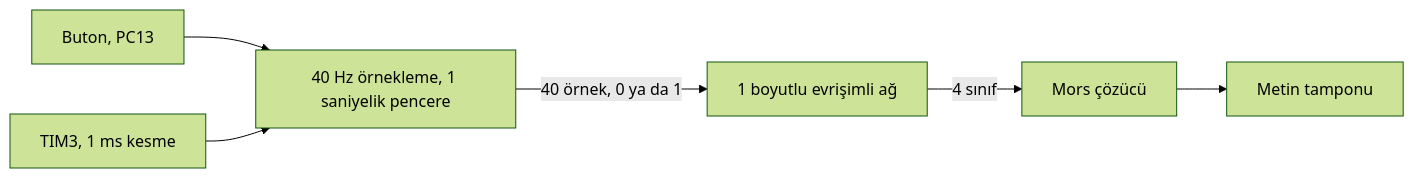
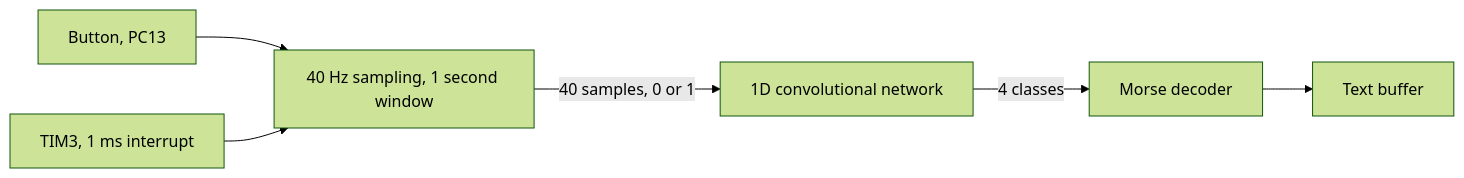
Before and after one commit to meyubcan/stm32f0-tinyml-morse: the diagram in README.md, drawn with Mermaid (forest theme). The commit also changed other lines of this file and 1 other file, not shown here.

````diff
--- a/README.md
+++ b/README.md
@@ -11,8 +15,8 @@
 ```mermaid
 flowchart LR
-    BTN[Buton, PC13] --> SMP[40 Hz örnekleme, 1 saniyelik pencere]
-    TIM[TIM3, 1 ms kesme] --> SMP
-    SMP -- "40 örnek, 0 ya da 1" --> NN[1 boyutlu evrişimli ağ]
-    NN -- "4 sınıf" --> DEC[Mors çözücü]
-    DEC --> MSG[Metin tamponu]
+    BTN[Button, PC13] --> SMP[40 Hz sampling, 1 second window]
+    TIM[TIM3, 1 ms interrupt] --> SMP
+    SMP -- "40 samples, 0 or 1" --> NN[1D convolutional network]
+    NN -- "4 classes" --> DEC[Morse decoder]
+    DEC --> MSG[Text buffer]
 ```
````
